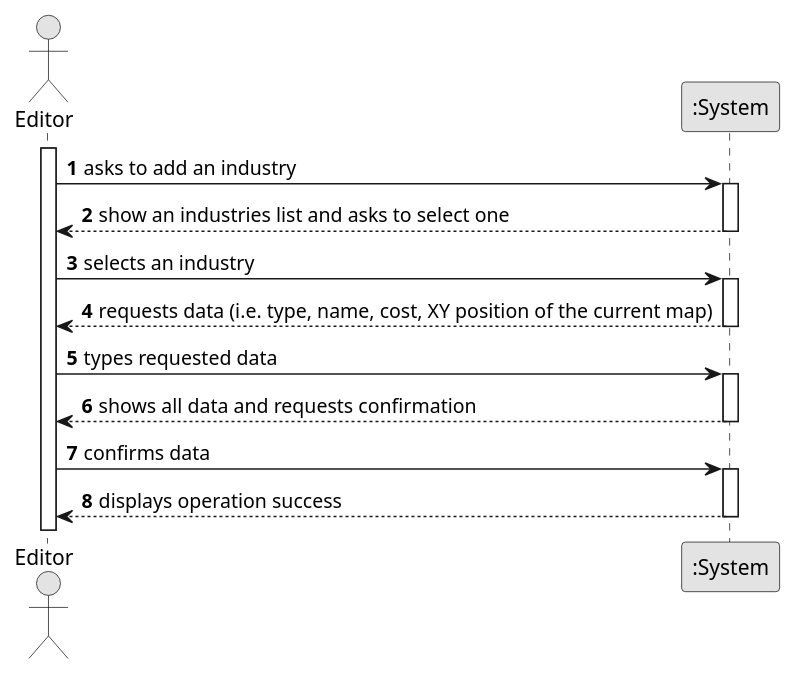
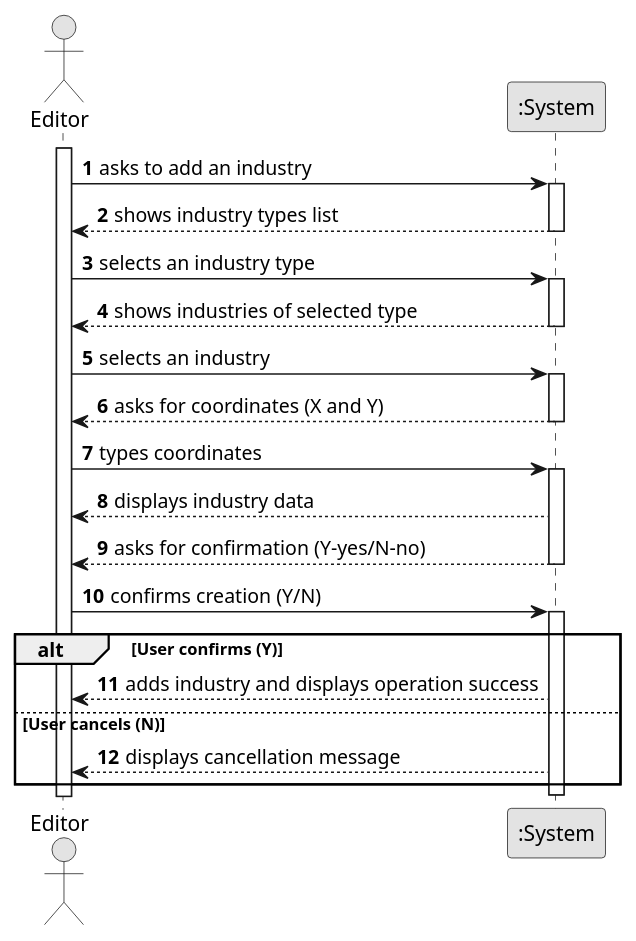
The diagram in docs/system-documentation/US002/01.requirements-engineering/puml/US002-SSD.puml (bruno-monteiro5/sem2-pi-24.25-g132-repo), drawn with PlantUML before and after one commit. The commit also changed 3 other files, not shown here.

Commit message:
Add confirmation prompts for industry and map creation in UI

```diff
--- a/docs/system-documentation/US002/01.requirements-engineering/puml/US002-SSD.puml
+++ b/docs/system-documentation/US002/01.requirements-engineering/puml/US002-SSD.puml
@@ -1,36 +1,48 @@
 @startuml
 skinparam monochrome true
 skinparam packageStyle rectangle
 skinparam shadowing false
 
 autonumber
 
-actor "Editor" as Employee
+actor "Editor" as Editor
 participant ":System" as System
 
-activate Employee
+activate Editor
 
-    Employee -> System : asks to add an industry
+    Editor -> System : asks to add an industry
     activate System
 
-        System --> Employee : show an industries list and asks to select one
+        System --> Editor : shows industry types list
     deactivate System
 
-    Employee -> System :selects an industry
+    Editor -> System : selects an industry type
     activate System
 
-        System --> Employee : requests data (i.e. type, name, cost, XY position of the current map)
+        System --> Editor : shows industries of selected type
     deactivate System
 
-    Employee -> System : types requested data
+    Editor -> System : selects an industry
     activate System
 
-        System --> Employee : shows all data and requests confirmation
+        System --> Editor : asks for coordinates (X and Y)
     deactivate System
 
-    Employee -> System : confirms data
+    Editor -> System : types coordinates
     activate System
 
-        System --> Employee : displays operation success
+        System --> Editor : displays industry data
+        System --> Editor : asks for confirmation (Y-yes/N-no)
+    deactivate System
+
+    Editor -> System : confirms creation (Y/N)
+    activate System
+
+    alt User confirms (Y)
+        System --> Editor : adds industry and displays operation success
+    else User cancels (N)
+        System --> Editor : displays cancellation message
+    end
+
     deactivate System
 @enduml
```
